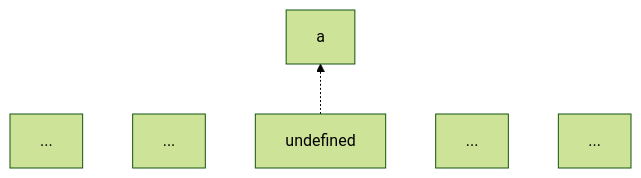
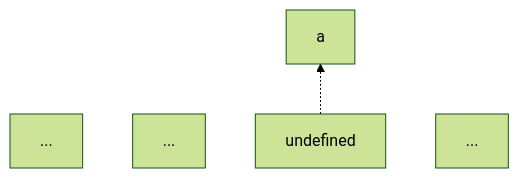
The second of 3 diagrams in basics/variable.md (weijieblog/JavaScript-ES5-Tutorials), drawn with Mermaid (forest theme) before and after one commit. The commit also changed other lines of this file and 2 other files, not shown here.

````diff
--- a/basics/variable.md
+++ b/basics/variable.md
@@ -28,8 +27,7 @@
 ```{mermaid}
 graph BT
   A[...]
   B[...]
   C[undefined] -.-> c[a]
   D[...]
-  E[...]
 ```
````
